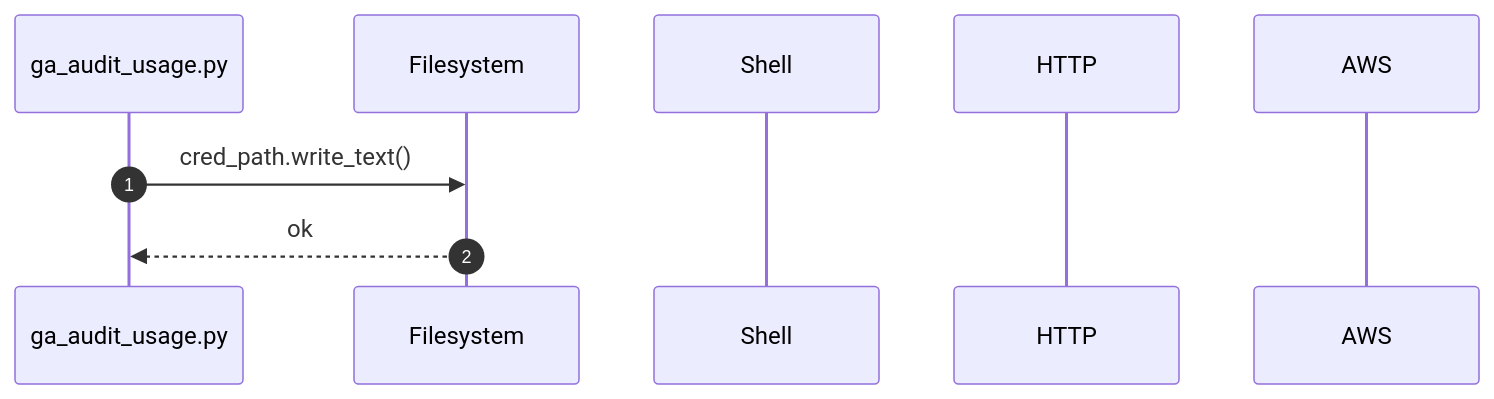
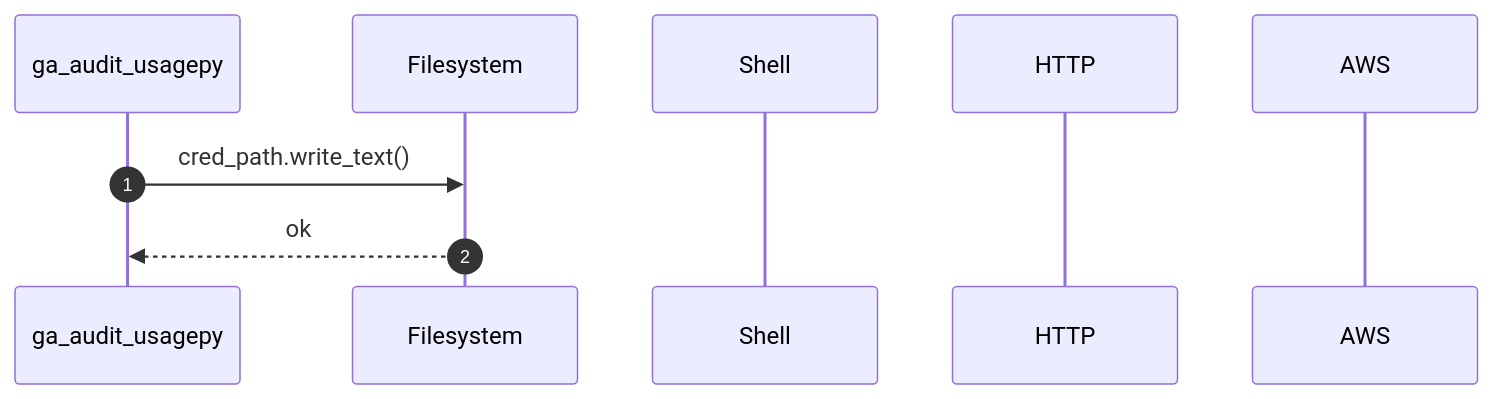
One commit to naavilam/naavilam.github.io changed the diagram in assets/mmd/ga_audit_usage.mmd. Above: the diagram before and after it, drawn with Mermaid.

```diff
--- a/assets/mmd/ga_audit_usage.mmd
+++ b/assets/mmd/ga_audit_usage.mmd
@@ -1,10 +1,10 @@
 sequenceDiagram
 autonumber
-participant Script as ga_audit_usage.py
+participant Script as ga_audit_usagepy
 participant FS as Filesystem
 participant Sh as Shell
 participant HTTP as HTTP
 participant AWS as AWS
 
 Script->>FS: cred_path.write_text()
 FS-->>Script: ok
```
